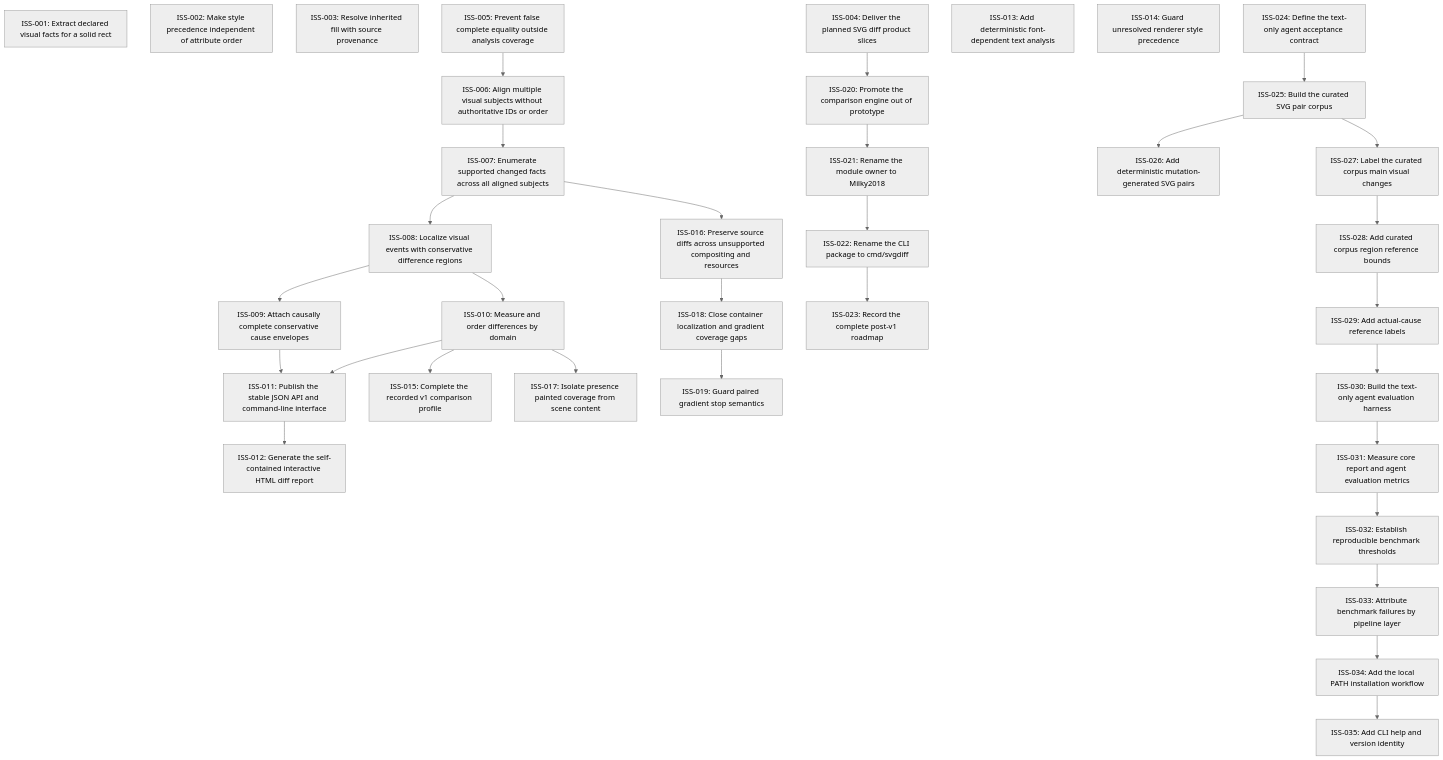
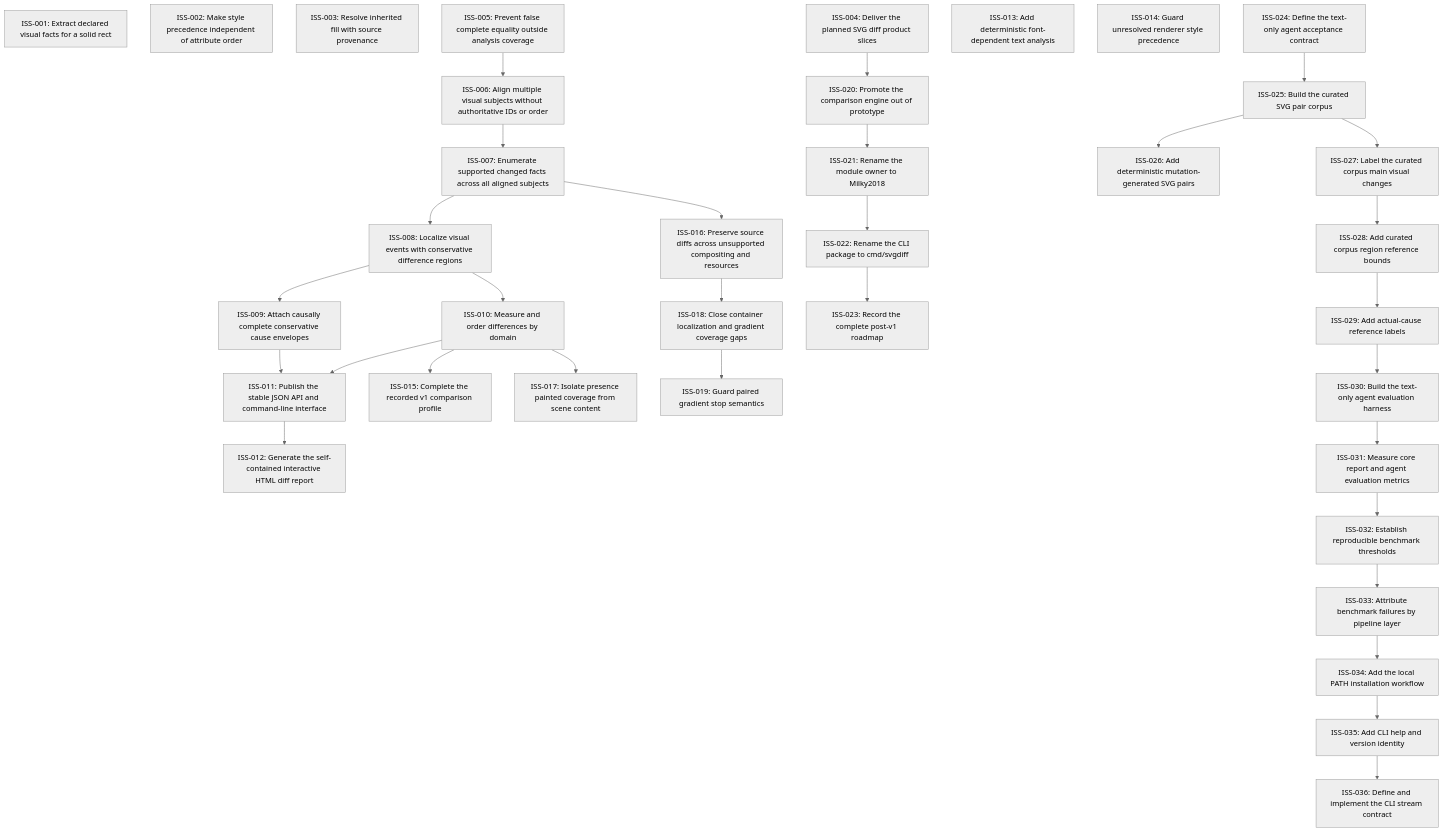
Before and after one commit to moonbit-community/svgdiff: the diagram in issues/README.md, drawn with Mermaid (neutral theme). The commit also changed 11 other files, not shown here.

Commit message:
Define CLI stream contract

````diff
--- a/issues/README.md
+++ b/issues/README.md
@@ -18,66 +18,68 @@
 ```mermaid
 graph TD
   ISS_001["ISS-001: Extract declared visual facts for a solid rect"]
   ISS_002["ISS-002: Make style precedence independent of attribute order"]
   ISS_003["ISS-003: Resolve inherited fill with source provenance"]
   ISS_004["ISS-004: Deliver the planned SVG diff product slices"]
   ISS_005["ISS-005: Prevent false complete equality outside analysis coverage"]
   ISS_006["ISS-006: Align multiple visual subjects without authoritative IDs or order"]
   ISS_007["ISS-007: Enumerate supported changed facts across all aligned subjects"]
   ISS_008["ISS-008: Localize visual events with conservative difference regions"]
   ISS_009["ISS-009: Attach causally complete conservative cause envelopes"]
   ISS_010["ISS-010: Measure and order differences by domain"]
   ISS_011["ISS-011: Publish the stable JSON API and command-line interface"]
   ISS_012["ISS-012: Generate the self-contained interactive HTML diff report"]
   ISS_013["ISS-013: Add deterministic font-dependent text analysis"]
   ISS_014["ISS-014: Guard unresolved renderer style precedence"]
   ISS_015["ISS-015: Complete the recorded v1 comparison profile"]
   ISS_016["ISS-016: Preserve source diffs across unsupported compositing and resources"]
   ISS_017["ISS-017: Isolate presence painted coverage from scene content"]
   ISS_018["ISS-018: Close container localization and gradient coverage gaps"]
   ISS_019["ISS-019: Guard paired gradient stop semantics"]
   ISS_020["ISS-020: Promote the comparison engine out of prototype"]
   ISS_021["ISS-021: Rename the module owner to Milky2018"]
   ISS_022["ISS-022: Rename the CLI package to cmd/svgdiff"]
   ISS_023["ISS-023: Record the complete post-v1 roadmap"]
   ISS_024["ISS-024: Define the text-only agent acceptance contract"]
   ISS_025["ISS-025: Build the curated SVG pair corpus"]
   ISS_026["ISS-026: Add deterministic mutation-generated SVG pairs"]
   ISS_027["ISS-027: Label the curated corpus main visual changes"]
   ISS_028["ISS-028: Add curated corpus region reference bounds"]
   ISS_029["ISS-029: Add actual-cause reference labels"]
   ISS_030["ISS-030: Build the text-only agent evaluation harness"]
   ISS_031["ISS-031: Measure core report and agent evaluation metrics"]
   ISS_032["ISS-032: Establish reproducible benchmark thresholds"]
   ISS_033["ISS-033: Attribute benchmark failures by pipeline layer"]
   ISS_034["ISS-034: Add the local PATH installation workflow"]
   ISS_035["ISS-035: Add CLI help and version identity"]
+  ISS_036["ISS-036: Define and implement the CLI stream contract"]
   ISS_005 --> ISS_006
   ISS_006 --> ISS_007
   ISS_007 --> ISS_008
   ISS_008 --> ISS_009
   ISS_008 --> ISS_010
   ISS_009 --> ISS_011
   ISS_010 --> ISS_011
   ISS_011 --> ISS_012
   ISS_010 --> ISS_015
   ISS_007 --> ISS_016
   ISS_010 --> ISS_017
   ISS_016 --> ISS_018
   ISS_018 --> ISS_019
   ISS_004 --> ISS_020
   ISS_020 --> ISS_021
   ISS_021 --> ISS_022
   ISS_022 --> ISS_023
   ISS_024 --> ISS_025
   ISS_025 --> ISS_026
   ISS_025 --> ISS_027
   ISS_027 --> ISS_028
   ISS_028 --> ISS_029
   ISS_029 --> ISS_030
   ISS_030 --> ISS_031
   ISS_031 --> ISS_032
   ISS_032 --> ISS_033
   ISS_033 --> ISS_034
   ISS_034 --> ISS_035
+  ISS_035 --> ISS_036
 ```
````
